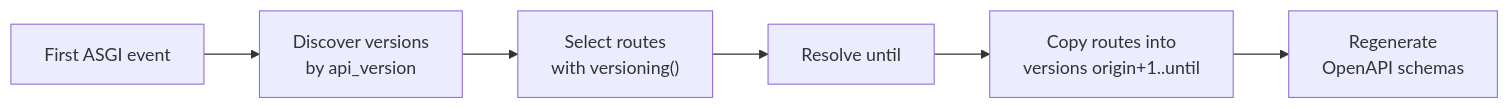
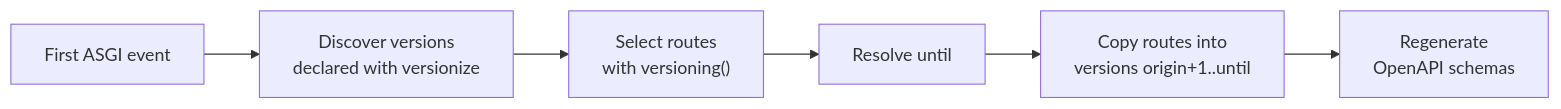
Before and after one commit to feodor-ra/fastapi-easy-versioning: the diagram in docs/en/guide/middleware.md, drawn with Mermaid. The commit also changed other lines of this file and 21 other files, not shown here.

````diff
--- a/docs/en/guide/middleware.md
+++ b/docs/en/guide/middleware.md
@@ -90,8 +113,8 @@
 ```mermaid
 graph LR
-    A["First ASGI event"] --> B["Discover versions<br/>by api_version"]
+    A["First ASGI event"] --> B["Discover versions<br/>declared with versionize"]
     B --> C["Select routes<br/>with versioning()"]
     C --> D["Resolve until"]
     D --> E["Copy routes into<br/>versions origin+1..until"]
     E --> F["Regenerate<br/>OpenAPI schemas"]
 ```
````
